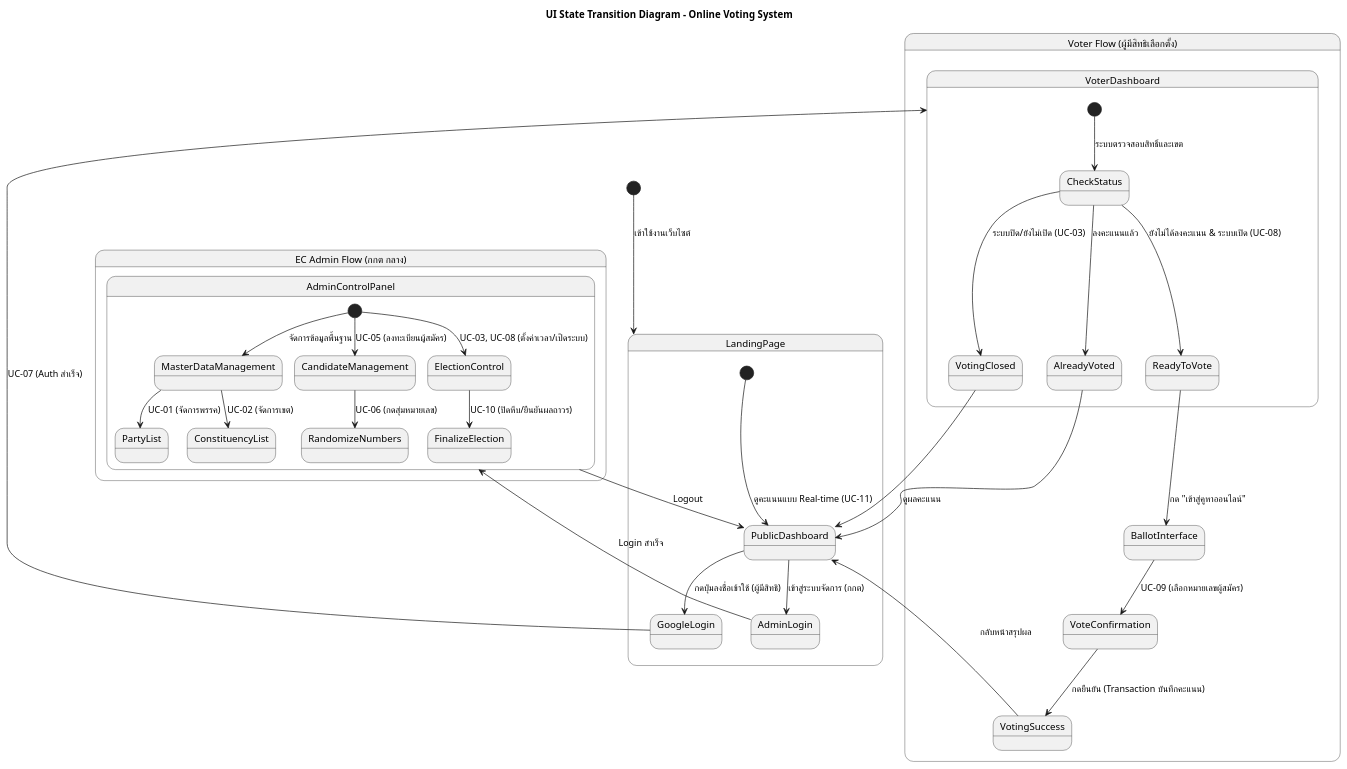
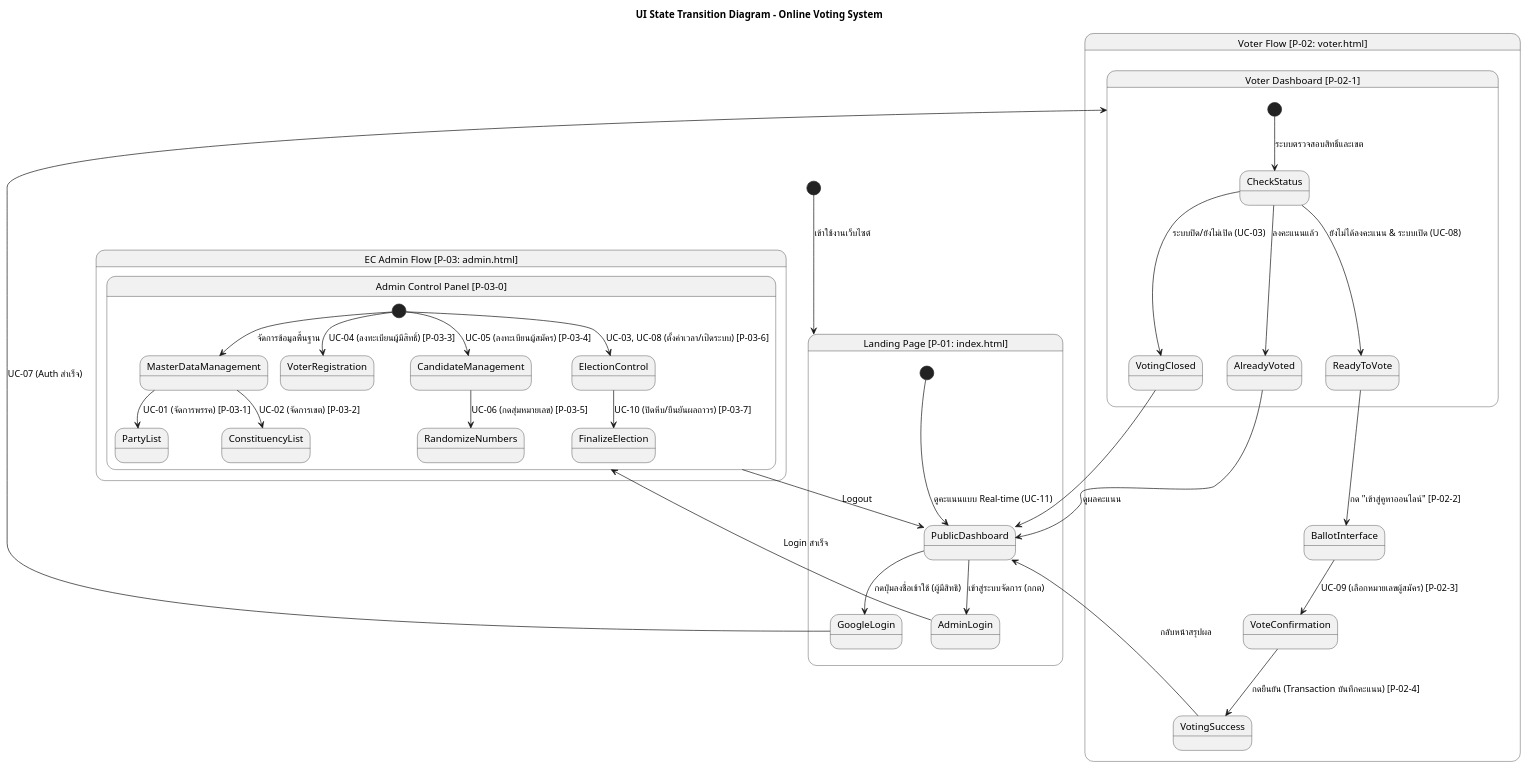
Before and after one commit to popotaroman-cloud/vote-system: the diagram in design/ui_state_diagram.puml, drawn with PlantUML. The commit also changed 1 other file, not shown here.

Commit message:
Add page descriptions and update diagram with page IDs
- Add page_descriptions.md with full page/data documentation
- Add Page IDs (P-01 ~ P-03-7) to UI state diagram
- Rename party name to พรรคประชาชน in mock data

```diff
--- a/design/ui_state_diagram.puml
+++ b/design/ui_state_diagram.puml
@@ -1,42 +1,44 @@
 @startuml
 title UI State Transition Diagram - Online Voting System
 
 [*] --> LandingPage : เข้าใช้งานเว็บไซต์
 
-state LandingPage {
+state "Landing Page [P-01: index.html]" as LandingPage {
 [*] --> PublicDashboard : ดูคะแนนแบบ Real-time (UC-11)
 PublicDashboard --> GoogleLogin : กดปุ่มลงชื่อเข้าใช้ (ผู้มีสิทธิ)
 PublicDashboard --> AdminLogin : เข้าสู่ระบบจัดการ (กกต)
 }
-state "Voter Flow (ผู้มีสิทธิเลือกตั้ง)" as VoterFlow {
+state "Voter Flow [P-02: voter.html]" as VoterFlow {
 GoogleLogin --> VoterDashboard : UC-07 (Auth สำเร็จ)
-state VoterDashboard {
+state "Voter Dashboard [P-02-1]" as VoterDashboard {
    [*] --> CheckStatus : ระบบตรวจสอบสิทธิ์และเขต
    CheckStatus --> ReadyToVote : ยังไม่ได้ลงคะแนน & ระบบเปิด (UC-08)
    CheckStatus --> AlreadyVoted : ลงคะแนนแล้ว
    CheckStatus --> VotingClosed : ระบบปิด/ยังไม่เปิด (UC-03)
 }
-ReadyToVote --> BallotInterface : กด "เข้าสู่คูหาออนไลน์"
-BallotInterface --> VoteConfirmation : UC-09 (เลือกหมายเลขผู้สมัคร)
-VoteConfirmation --> VotingSuccess : กดยืนยัน (Transaction บันทึกคะแนน)
+ReadyToVote --> BallotInterface : กด "เข้าสู่คูหาออนไลน์" [P-02-2]
+BallotInterface --> VoteConfirmation : UC-09 (เลือกหมายเลขผู้สมัคร) [P-02-3]
+VoteConfirmation --> VotingSuccess : กดยืนยัน (Transaction บันทึกคะแนน) [P-02-4]
 VotingSuccess --> PublicDashboard : กลับหน้าสรุปผล
 }
-state "EC Admin Flow (กกต กลาง)" as AdminFlow {
+state "EC Admin Flow [P-03: admin.html]" as AdminFlow {
 AdminLogin --> AdminControlPanel : Login สำเร็จ
 
-state AdminControlPanel {
+state "Admin Control Panel [P-03-0]" as AdminControlPanel {
    [*] --> MasterDataManagement : จัดการข้อมูลพื้นฐาน
-   MasterDataManagement --> PartyList : UC-01 (จัดการพรรค)
-   MasterDataManagement --> ConstituencyList : UC-02 (จัดการเขต)
-  
-   [*] --> CandidateManagement : UC-05 (ลงทะเบียนผู้สมัคร)
-   CandidateManagement --> RandomizeNumbers : UC-06 (กดสุ่มหมายเลข)
-  
-   [*] --> ElectionControl : UC-03, UC-08 (ตั้งค่าเวลา/เปิดระบบ)
-   ElectionControl --> FinalizeElection : UC-10 (ปิดหีบ/ยืนยันผลถาวร)
+   MasterDataManagement --> PartyList : UC-01 (จัดการพรรค) [P-03-1]
+   MasterDataManagement --> ConstituencyList : UC-02 (จัดการเขต) [P-03-2]
+
+   [*] --> VoterRegistration : UC-04 (ลงทะเบียนผู้มีสิทธิ์) [P-03-3]
+
+   [*] --> CandidateManagement : UC-05 (ลงทะเบียนผู้สมัคร) [P-03-4]
+   CandidateManagement --> RandomizeNumbers : UC-06 (กดสุ่มหมายเลข) [P-03-5]
+
+   [*] --> ElectionControl : UC-03, UC-08 (ตั้งค่าเวลา/เปิดระบบ) [P-03-6]
+   ElectionControl --> FinalizeElection : UC-10 (ปิดหีบ/ยืนยันผลถาวร) [P-03-7]
 }
 }
 AlreadyVoted --> PublicDashboard : ดูผลคะแนน
 VotingClosed --> PublicDashboard
 AdminControlPanel --> PublicDashboard : Logout
 @enduml
```
